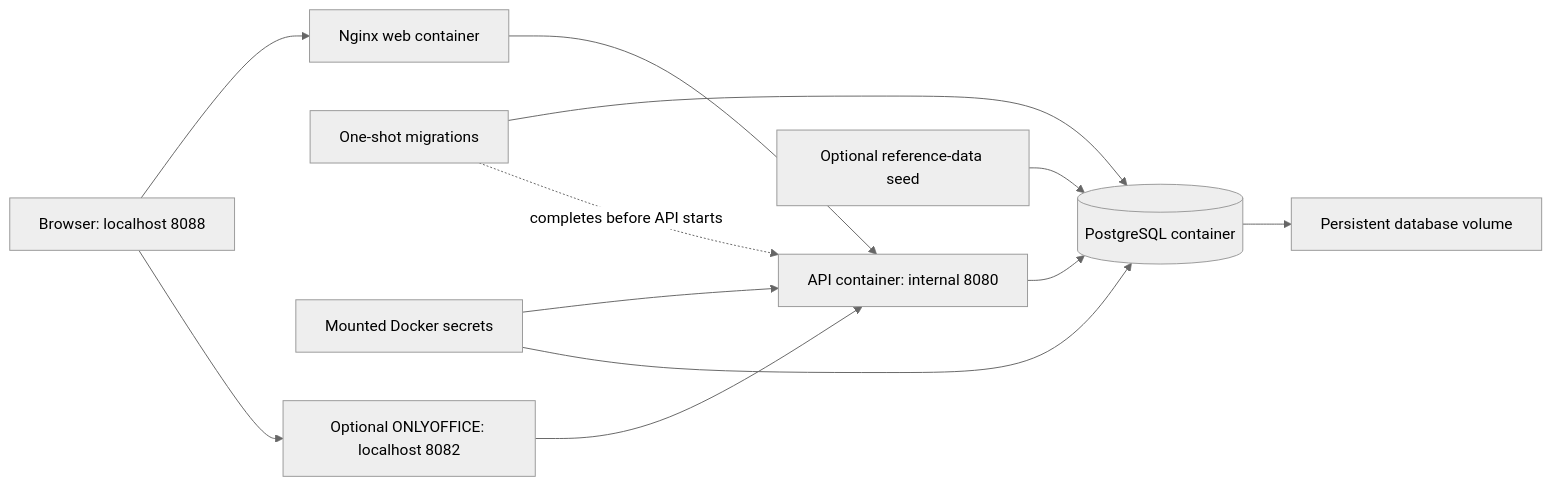
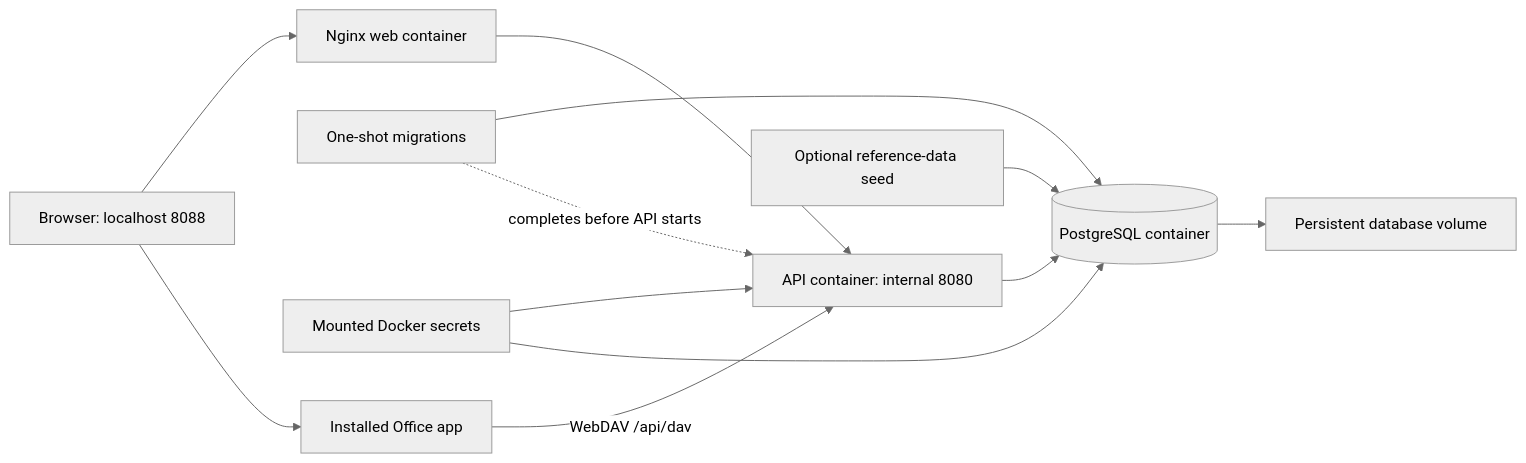
One commit to rajas-stack/goms changed the second of 4 diagrams in project information/Line diagram.md. Above: the diagram before and after it, drawn with Mermaid (neutral theme). The commit also changed other lines of this file and 59 other files, not shown here.

````diff
--- a/project information/Line diagram.md
+++ b/project information/Line diagram.md
@@ -27,14 +27,14 @@
 ```mermaid
 flowchart LR
     User[Browser: localhost 8088] --> Web[Nginx web container]
     Web --> API[API container: internal 8080]
     API --> DB[(PostgreSQL container)]
     Migration[One-shot migrations] --> DB
     Migration -. completes before API starts .-> API
     Seed[Optional reference-data seed] --> DB
     DB --> Volume[Persistent database volume]
     Secret[Mounted Docker secrets] --> API
     Secret --> DB
-    User --> Office[Optional ONLYOFFICE: localhost 8082]
-    Office --> API
+    User --> Office[Installed Office app]
+    Office -- WebDAV /api/dav --> API
 ```
````
